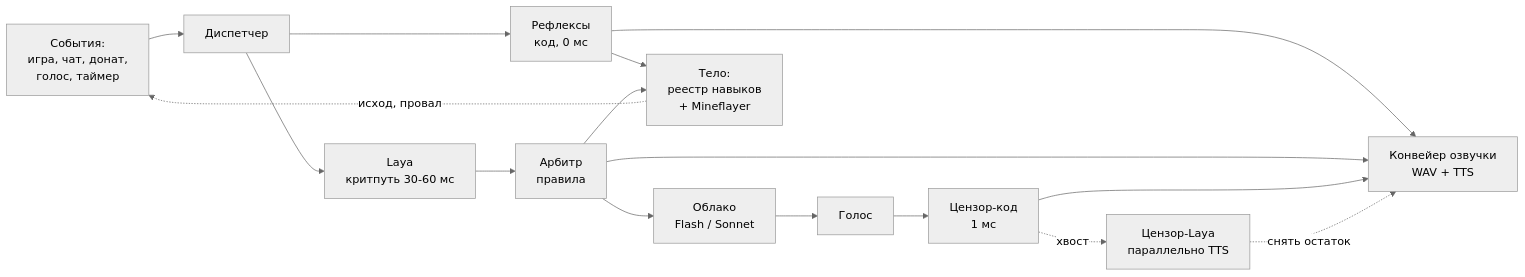
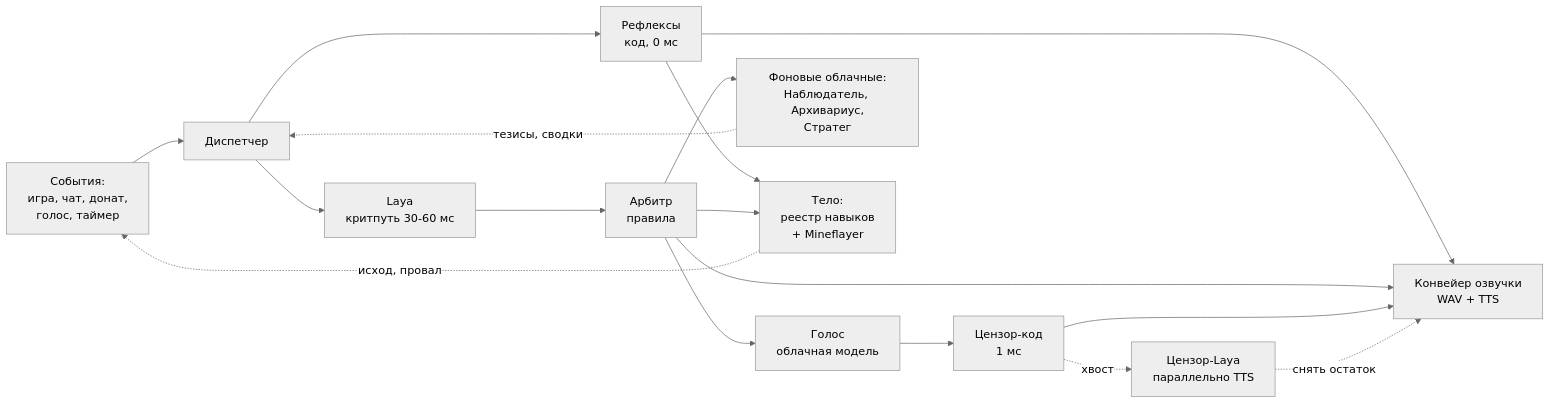
The first of 2 diagrams in docs/tz-v2.md (AvocadoDuesVult/Project_MansClothes), drawn with Mermaid (neutral theme) before and after one commit. The commit also changed other lines of this file, not shown here.

````diff
--- a/docs/tz-v2.md
+++ b/docs/tz-v2.md
@@ -38,18 +38,19 @@
 ```mermaid
 flowchart LR
   E[События:<br/>игра, чат, донат,<br/>голос, таймер] --> D[Диспетчер]
   D --> R[Рефлексы<br/>код, 0 мс]
   D --> L[Laya<br/>критпуть 30-60 мс]
   L --> A[Арбитр<br/>правила]
-  A --> C[Облако<br/>Flash / Sonnet]
+  A --> G[Голос<br/>облачная модель]
+  A --> C[Фоновые облачные:<br/>Наблюдатель, Архивариус,<br/>Стратег]
+  C -.тезисы, сводки.-> D
   R --> B[Тело:<br/>реестр навыков<br/>+ Mineflayer]
   A --> B
   B -.исход, провал.-> E
   R --> V[Конвейер озвучки<br/>WAV + TTS]
   A --> V
-  C --> G[Голос]
   G --> Z[Цензор-код<br/>1 мс]
   Z --> V
   Z -.хвост.-> ZL[Цензор-Laya<br/>параллельно TTS]
   ZL -.снять остаток.-> V
 ```
````
